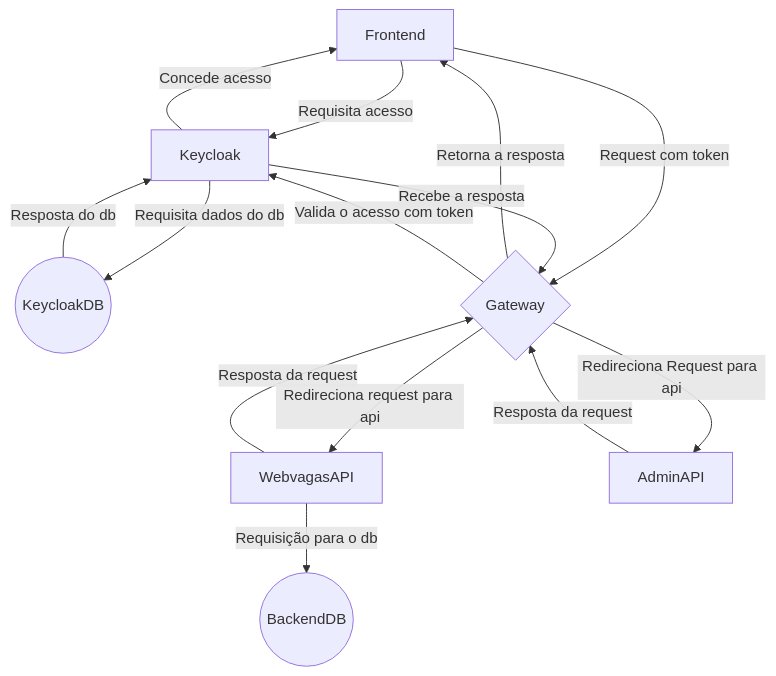
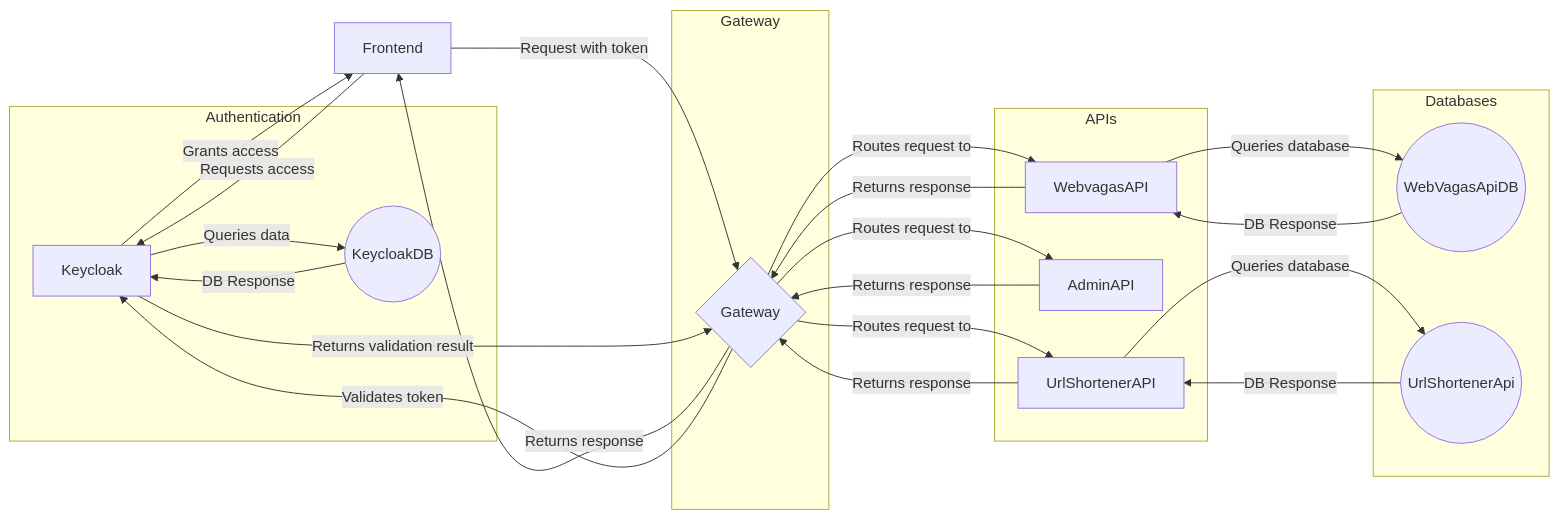
One commit to MarcoAntunes37/web-vagas changed the first of 2 diagrams in doc/architecture.md. Above: the diagram before and after it, drawn with Mermaid. The commit also changed other lines of this file and 5 other files, not shown here.

````diff
--- a/doc/architecture.md
+++ b/doc/architecture.md
@@ -12,16 +64,41 @@
-```mermaid
-  flowchart TD
-      A[Frontend] -->|Requisita acesso|B
-      B[Keycloak] -->|Concede acesso|A
-      B -->|Requisita dados do db|C((KeycloakDB))
-      C -->|Resposta do db|B
-      A -->|Request com token|E{Gateway}
-      E -->|Retorna a resposta|A
-      E -->|Valida o acesso com token|B
-      B -->|Recebe a resposta|E
-      E -->|Redireciona request para api|D[WebvagasAPI]
-      D -->|Resposta da request|E
-      D -->|Requisição para o db|F((BackendDB))
-      E -->|Redireciona Request para api|G[AdminAPI]
-      G -->|Resposta da request|E
-```
+  <pre class="mermaid">
+    flowchart LR
+      subgraph Auth[Authentication]
+        B[Keycloak]
+        C[Keycloak Database]
+      end
+
+      subgraph Gateway
+        E[API Gateway]
+      end
+
+      subgraph APIs
+        D[Webvagas API]
+        G[Admin API]
+        H[UrlShortener API]
+      end
+
+      subgraph Databases
+        F[WebVagasApi Database]
+        I[UrlShortenerApi Database]
+      end
+
+      A[Frontend] -->|Requests access|B
+      B[Keycloak] -->|Grants access|A
+      B -->|Queries data|C((KeycloakDB))
+      C -->|DB Response|B
+      A -->|Request with token|E{Gateway}
+      E -->|Returns response|A
+      E -->|Validates token|B
+      B -->|Returns validation result|E
+      E -->|Routes request to|D[WebvagasAPI]
+      D -->|Returns response|E
+      D -->|Queries database|F((WebVagasApiDB))
+      F -->|DB Response|D
+      E -->|Routes request to|G[AdminAPI]
+      G -->|Returns response|E
+      E -->|Routes request to|H[UrlShortenerAPI]
+      H -->|Returns response|E
+      H -->|Queries database|I((UrlShortenerApi))
+      I -->|DB Response|H
+  </pre>
````
